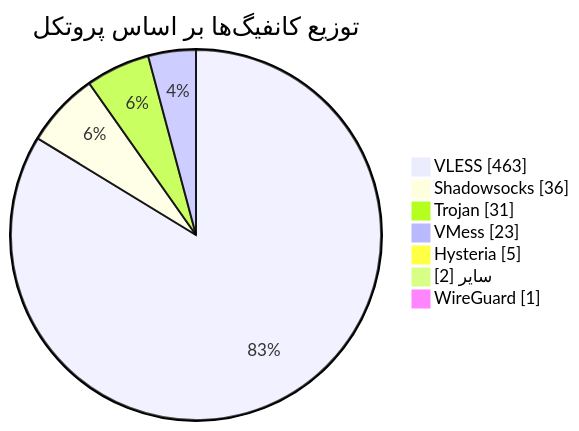
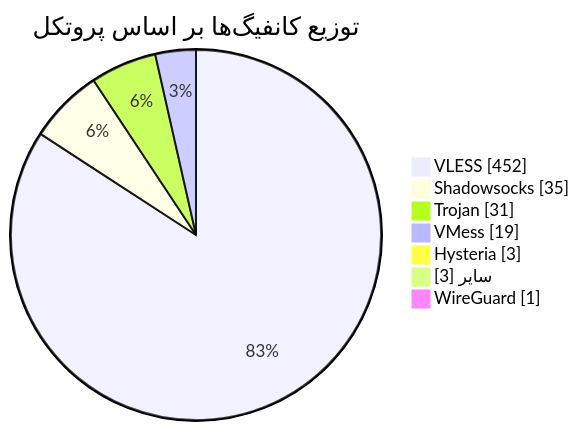
Before and after one commit to Arian-Alijani/Somthing: the diagram in README.md, drawn with Mermaid. The commit also changed other lines of this file and 87 other files, not shown here.

````diff
--- a/README.md
+++ b/README.md
@@ -49,11 +49,11 @@
 ```mermaid
 pie showData
     title توزیع کانفیگ‌ها بر اساس پروتکل
-    "VLESS" : 463
-    "Shadowsocks" : 36
+    "VLESS" : 452
+    "Shadowsocks" : 35
     "Trojan" : 31
-    "VMess" : 23
-    "Hysteria" : 5
-    "سایر" : 2
+    "VMess" : 19
+    "Hysteria" : 3
+    "سایر" : 3
     "WireGuard" : 1
 ```
````
